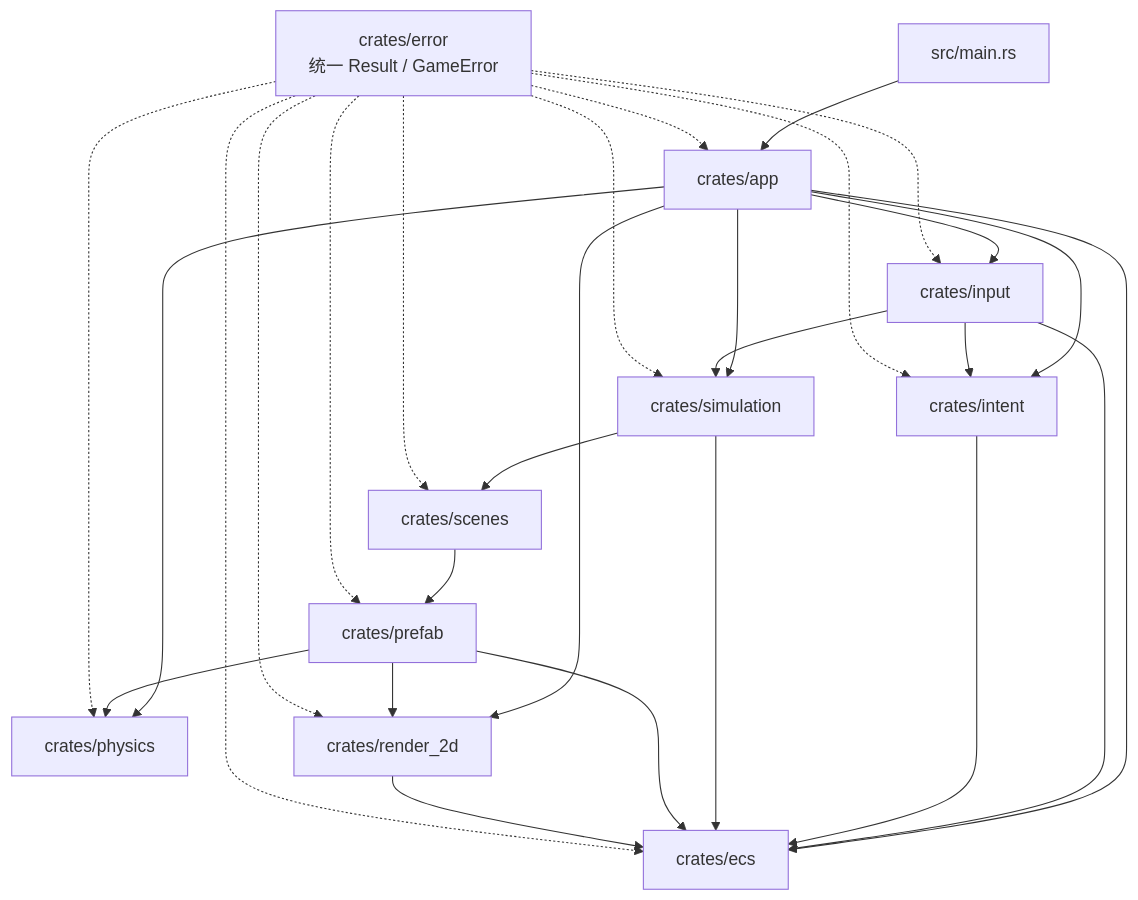
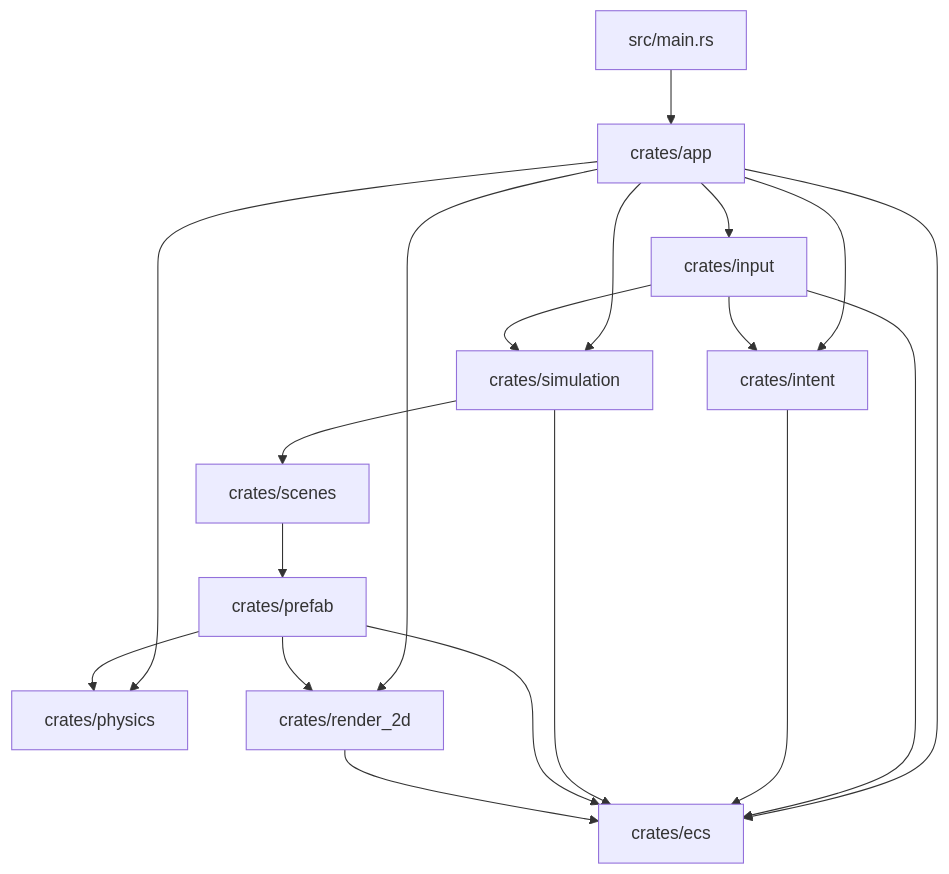
The diagram in README.md (atlas-orien/bevy-template), drawn with Mermaid before and after one commit.

Commit message:
Remove error crate from architecture diagram

````diff
--- a/README.md
+++ b/README.md
@@ -61,38 +61,27 @@
 ```mermaid
 flowchart TD
     main["src/main.rs"] --> app["crates/app"]
 
     app --> ecs["crates/ecs"]
     app --> physics["crates/physics"]
     app --> simulation["crates/simulation"]
     app --> input["crates/input"]
     app --> intent["crates/intent"]
     app --> render2d["crates/render_2d"]
 
     input --> ecs
     input --> intent
     input --> simulation
 
     intent --> ecs
 
     simulation --> ecs
     simulation --> scenes["crates/scenes"]
 
     scenes --> prefab["crates/prefab"]
     prefab --> ecs
     prefab --> physics
     prefab --> render2d
 
     render2d --> ecs
-
-    error["crates/error<br/>统一 Result / GameError"]
-    error -.-> app
-    error -.-> ecs
-    error -.-> physics
-    error -.-> simulation
-    error -.-> input
-    error -.-> intent
-    error -.-> prefab
-    error -.-> scenes
-    error -.-> render2d
 ```
````
